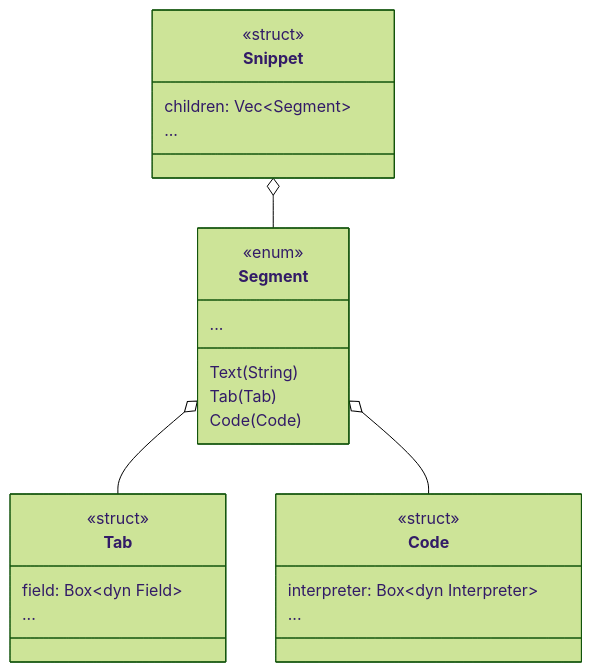
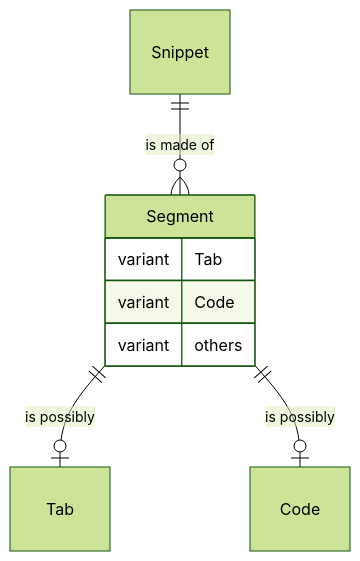
One commit to ZakharEl/portfolio changed the second of 3 diagrams in examples/rust.md. Above: the diagram before and after it, drawn with Mermaid (forest theme). The commit also changed other lines of this file and 1 other file, not shown here.

Commit message:
- Changed README.md to mention Pseudocode use - Changed examples/rust.md to use erDiagram rather than classDiagram.

````diff
--- a/examples/rust.md
+++ b/examples/rust.md
@@ -20,28 +20,11 @@
 ```mermaid
-classDiagram
-class Snippet {
-	<<struct>>
-	children: Vec~Segment~
-	...
+erDiagram
+Snippet ||--o{ Segment : "is made of"
+Segment ||--o| Tab : "is possibly"
+Segment ||--o| Code : "is possibly"
+Segment {
+	variant Tab
+	variant Code
+	variant others
 }
-class Segment {
-	<<enum>>
-	Text(String)
-	Tab(Tab)
-	Code(Code)
-	...
-}
-class Tab {
-	<<struct>>
-	field: Box~dyn Field~
-	...
-}
-class Code {
-	<<struct>>
-	interpreter: Box~dyn Interpreter~
-	...
-}
-Snippet o-- Segment
-Segment o-- Tab
-Segment o-- Code
 ```
````
